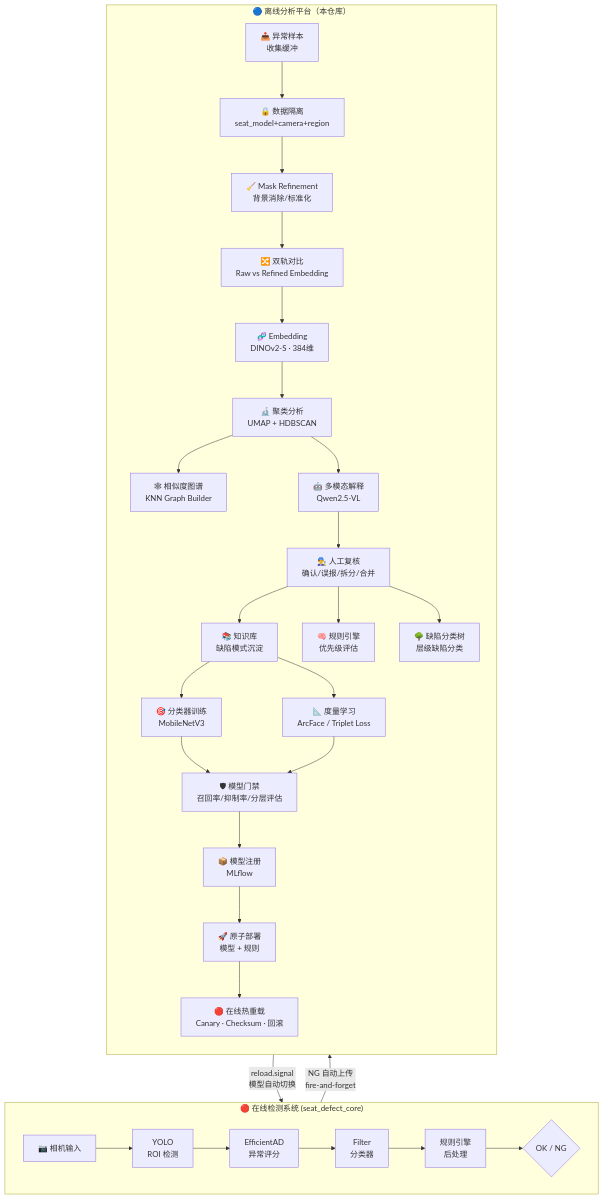
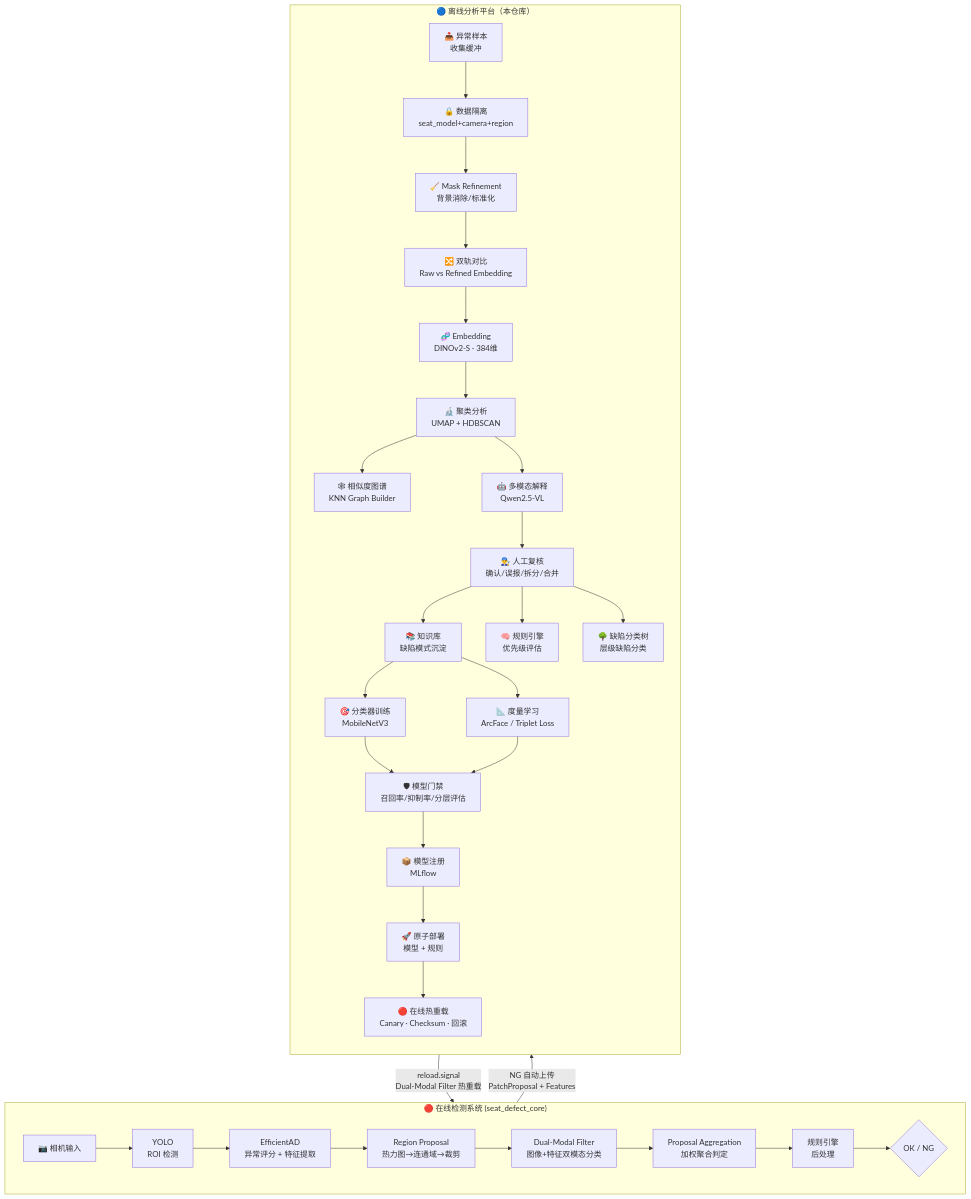
The diagram in README.md (celien99/offline-analysis-platform), drawn with Mermaid before and after one commit. The commit also changed other lines of this file, not shown here.

First line of the commit message:
docs: sync README with EfficientAD → Filter architecture upgrade

````diff
--- a/README.md
+++ b/README.md
@@ -35,36 +35,38 @@
 ```mermaid
 flowchart TB
     subgraph ONLINE["🔴 在线检测系统 (seat_defect_core)"]
         direction LR
         CAM["📷 相机输入"] --> YOLO["YOLO<br/>ROI 检测"]
-        YOLO --> PC["EfficientAD<br/>异常评分"]
-        PC --> FC["Filter<br/>分类器"]
-        FC --> RE["规则引擎<br/>后处理"]
+        YOLO --> PC["EfficientAD<br/>异常评分 + 特征提取"]
+        PC --> RP["Region Proposal<br/>热力图→连通域→裁剪"]
+        RP --> FC["Dual-Modal Filter<br/>图像+特征双模态分类"]
+        FC --> AG["Proposal Aggregation<br/>加权聚合判定"]
+        AG --> RE["规则引擎<br/>后处理"]
         RE --> DECISION{"OK / NG"}
     end
 
     subgraph OFFLINE["🔵 离线分析平台（本仓库）"]
         direction TB
         INGEST["📥 异常样本<br/>收集缓冲"] --> ISOLATION["🔒 数据隔离<br/>seat_model+camera+region"]
         ISOLATION --> MASK["🧹 Mask Refinement<br/>背景消除/标准化"]
         MASK --> DUAL["🔀 双轨对比<br/>Raw vs Refined Embedding"]
         DUAL --> EMBED["🧬 Embedding<br/>DINOv2-S · 384维"]
         EMBED --> CLUSTER["🔬 聚类分析<br/>UMAP + HDBSCAN"]
         CLUSTER --> GRAPH["🕸 相似度图谱<br/>KNN Graph Builder"]
         CLUSTER --> VLM["🤖 多模态解释<br/>Qwen2.5-VL"]
         VLM --> REVIEW["👨‍🔧 人工复核<br/>确认/误报/拆分/合并"]
         REVIEW --> KB["📚 知识库<br/>缺陷模式沉淀"]
         REVIEW --> RULES["🧠 规则引擎<br/>优先级评估"]
         REVIEW --> TAX["🌳 缺陷分类树<br/>层级缺陷分类"]
         KB --> TRAIN["🎯 分类器训练<br/>MobileNetV3"]
         KB --> METRIC["📐 度量学习<br/>ArcFace / Triplet Loss"]
         TRAIN --> GATE["🛡 模型门禁<br/>召回率/抑制率/分层评估"]
         METRIC --> GATE
         GATE --> REGISTRY["📦 模型注册<br/>MLflow"]
         REGISTRY --> DEPLOY["🚀 原子部署<br/>模型 + 规则"]
         DEPLOY --> HOT["🔴 在线热重载<br/>Canary · Checksum · 回滚"]
     end
 
-    ONLINE -->|"NG 自动上传<br/>fire-and-forget"| INGEST
-    HOT -->|"reload.signal<br/>模型自动切换"| FC
+    ONLINE -->|"NG 自动上传<br/>PatchProposal + Features"| INGEST
+    HOT -->|"reload.signal<br/>Dual-Modal Filter 热重载"| FC
 ```
````
